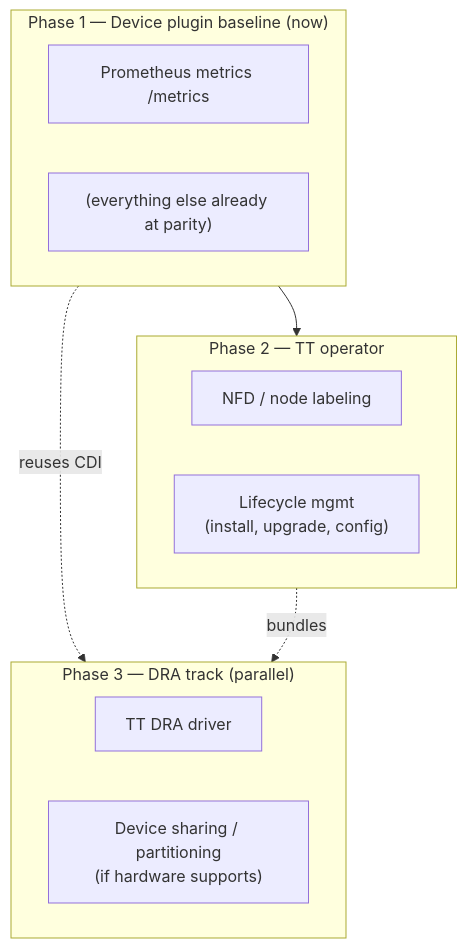
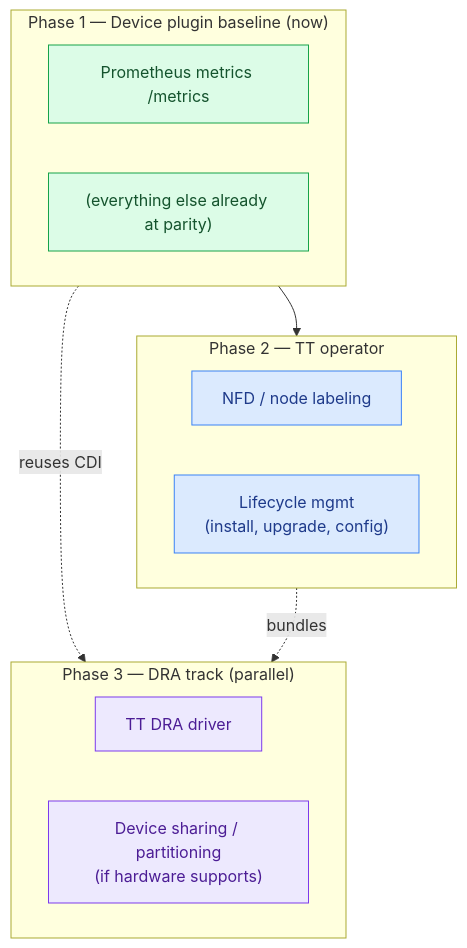
The second of 3 diagrams in ROADMAP.md (guhaneswaran/tt-k8s-device-plugin), drawn with Mermaid before and after one commit. The commit also changed other lines of this file and 1 other file, not shown here.

First line of the commit message:
Enhance diagrams: styled sequence diagram + color-coded flowcharts

````diff
--- a/ROADMAP.md
+++ b/ROADMAP.md
@@ -71,18 +78,25 @@
 ```mermaid
 flowchart TB
   subgraph PH1["Phase 1 — Device plugin baseline (now)"]
     M["Prometheus metrics /metrics"]
     B["(everything else already at parity)"]
   end
   subgraph PH2["Phase 2 — TT operator"]
     NFD["NFD / node labeling"]
     LC["Lifecycle mgmt<br/>(install, upgrade, config)"]
   end
   subgraph PH3["Phase 3 — DRA track (parallel)"]
     DRV["TT DRA driver"]
     SH["Device sharing / partitioning<br/>(if hardware supports)"]
   end
   PH1 --> PH2
   PH1 -.->|reuses CDI| PH3
   PH2 -.->|bundles| PH3
+
+  classDef now fill:#dcfce7,stroke:#16a34a,color:#14532d;
+  classDef soon fill:#dbeafe,stroke:#3b82f6,color:#1e3a8a;
+  classDef later fill:#ede9fe,stroke:#7c3aed,color:#4c1d95;
+  class M,B now;
+  class NFD,LC soon;
+  class DRV,SH later;
 ```
````
